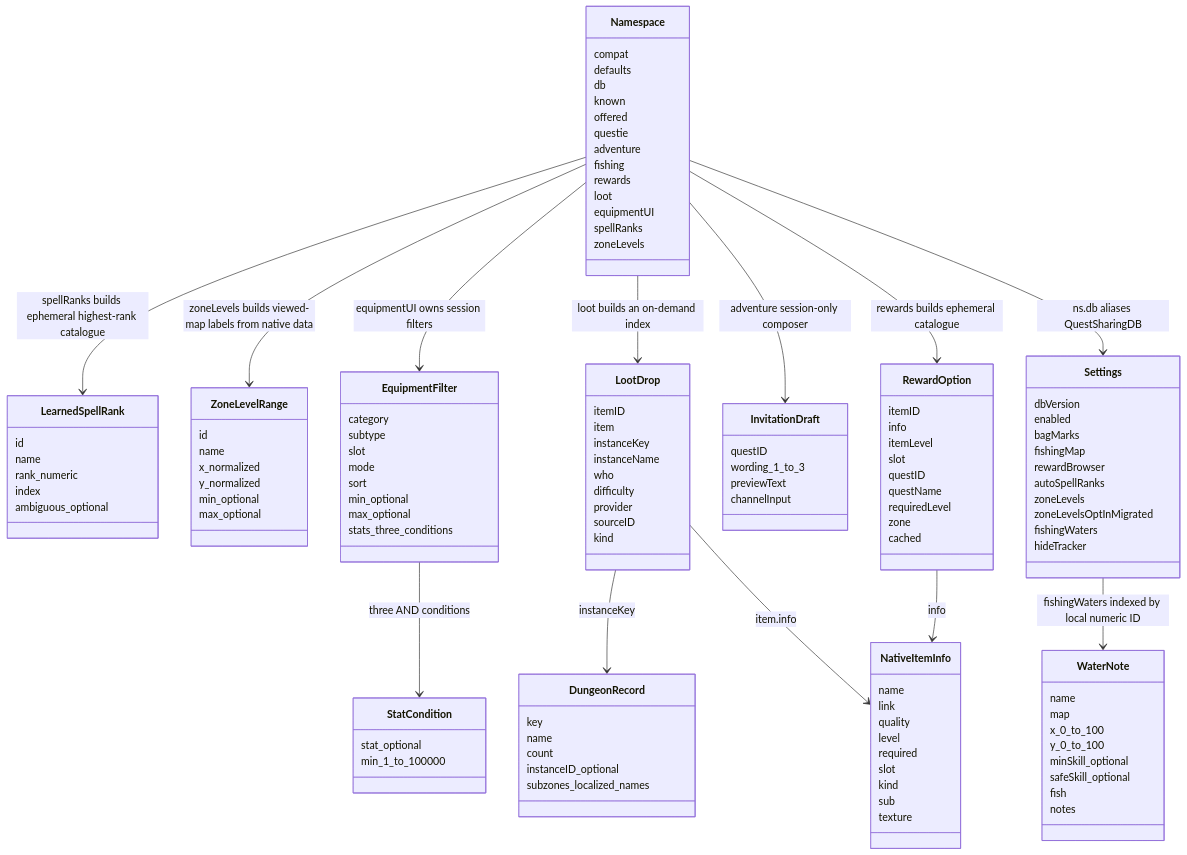
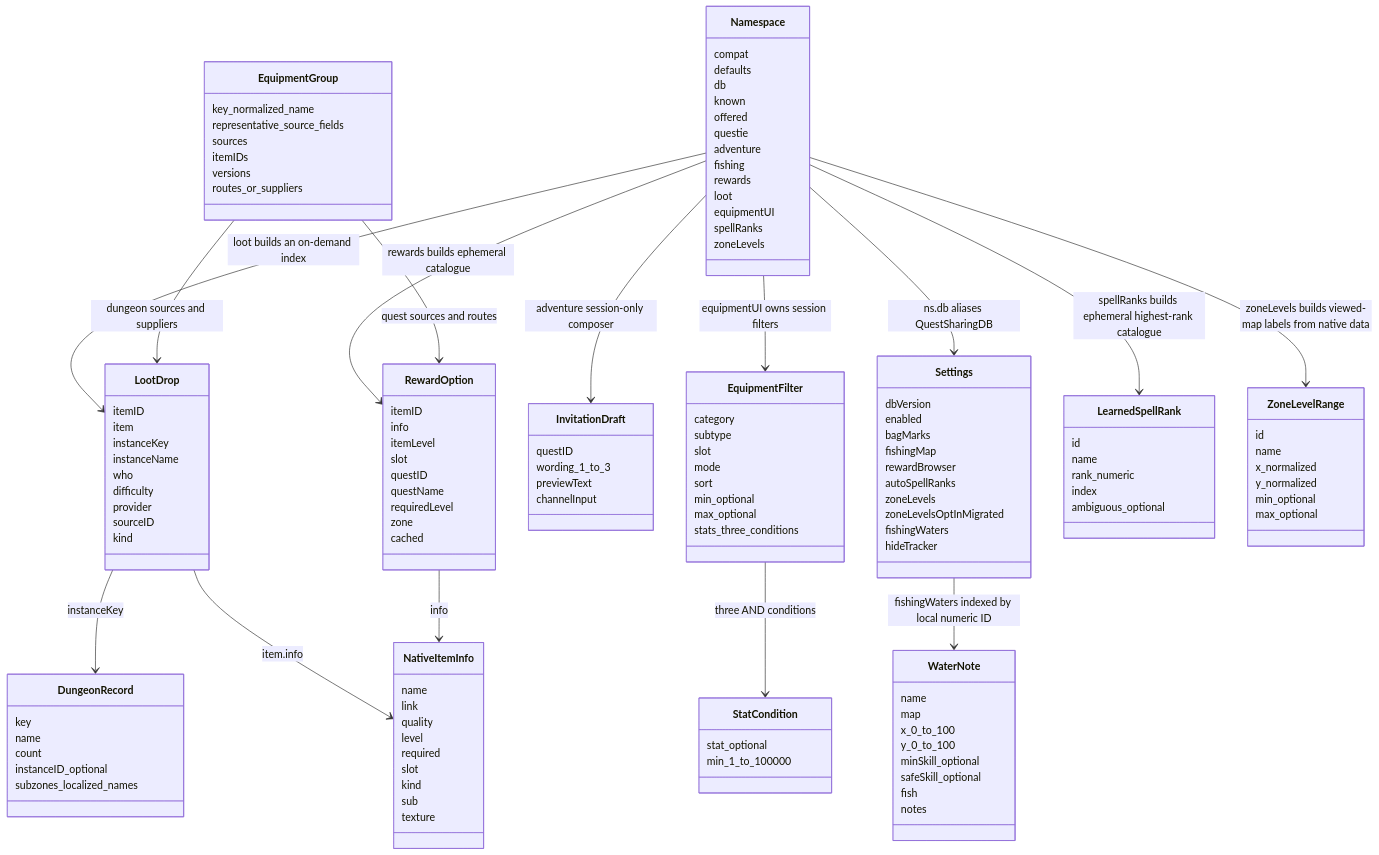
Before and after one commit to YodaGitMaster/QuestSharing: the tenth of 10 diagrams in context/architecture.md, drawn with Mermaid. The commit also changed other lines of this file and 18 other files, not shown here.

Commit message:
Group equipment explorer items by name with all matching sources

```diff
--- a/context/architecture.md
+++ b/context/architecture.md
@@ -352,6 +360,16 @@
         sourceID
         kind
     }
+    class EquipmentGroup {
+        key_normalized_name
+        representative_source_fields
+        sources
+        itemIDs
+        versions
+        routes_or_suppliers
+    }
+    EquipmentGroup --> RewardOption : quest sources and routes
+    EquipmentGroup --> LootDrop : dungeon sources and suppliers
     class DungeonRecord {
         key
         name
```
